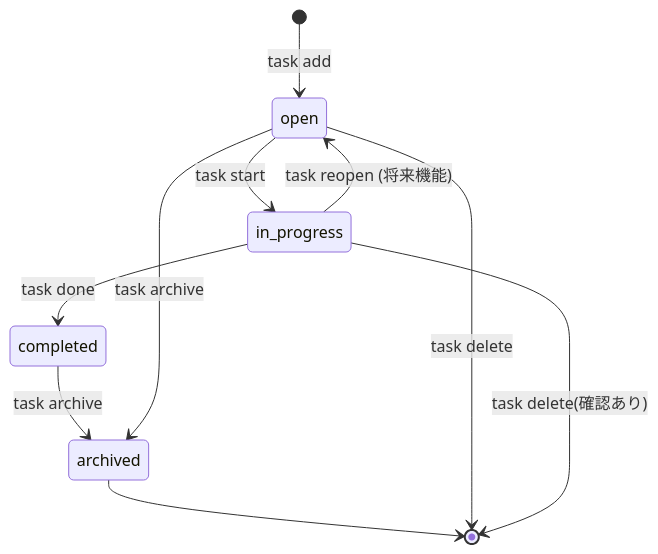
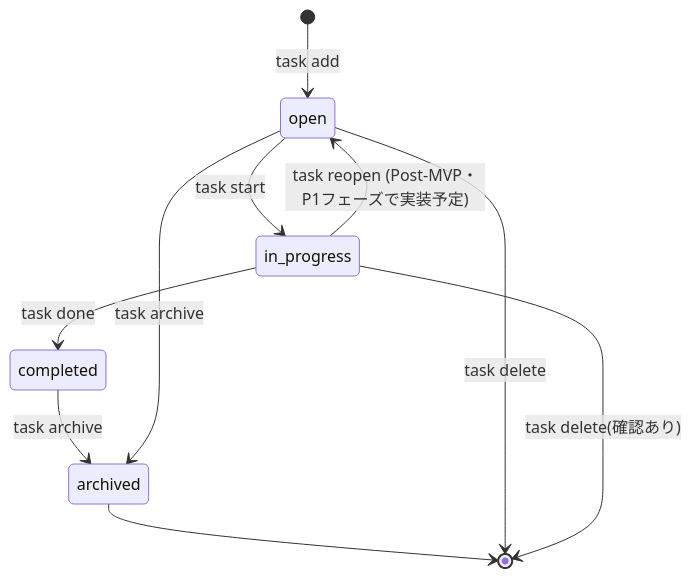
One commit to kyosawa/claude-code-book-chapter8 changed the seventh of 7 diagrams in docs/functional-design.md. Above: the diagram before and after it, drawn with Mermaid. The commit also changed other lines of this file, not shown here.

````diff
--- a/docs/functional-design.md
+++ b/docs/functional-design.md
@@ -396,12 +414,12 @@
 ```mermaid
 stateDiagram-v2
     [*] --> open : task add
     open --> in_progress : task start
     in_progress --> completed : task done
     completed --> archived : task archive
     open --> archived : task archive
-    in_progress --> open : task reopen (将来機能)
+    in_progress --> open : task reopen (Post-MVP・P1フェーズで実装予定)
     archived --> [*]
     open --> [*] : task delete
     in_progress --> [*] : task delete(確認あり)
 ```
````
